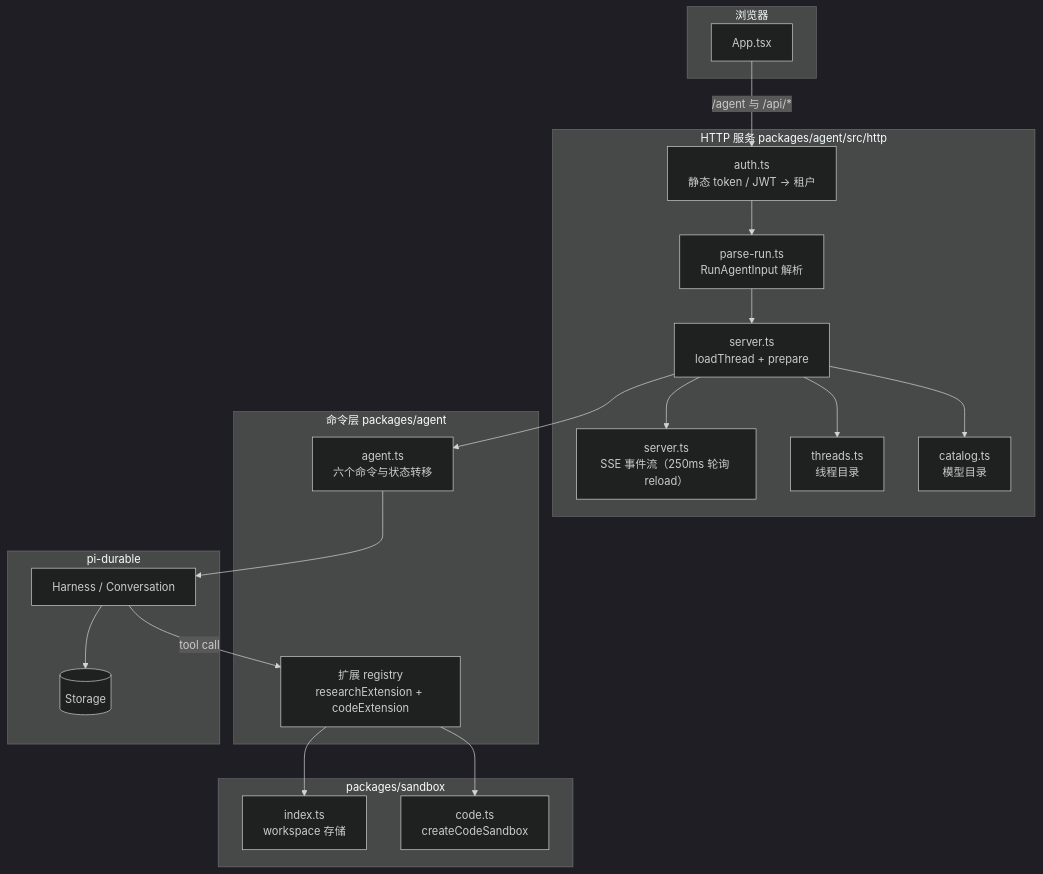
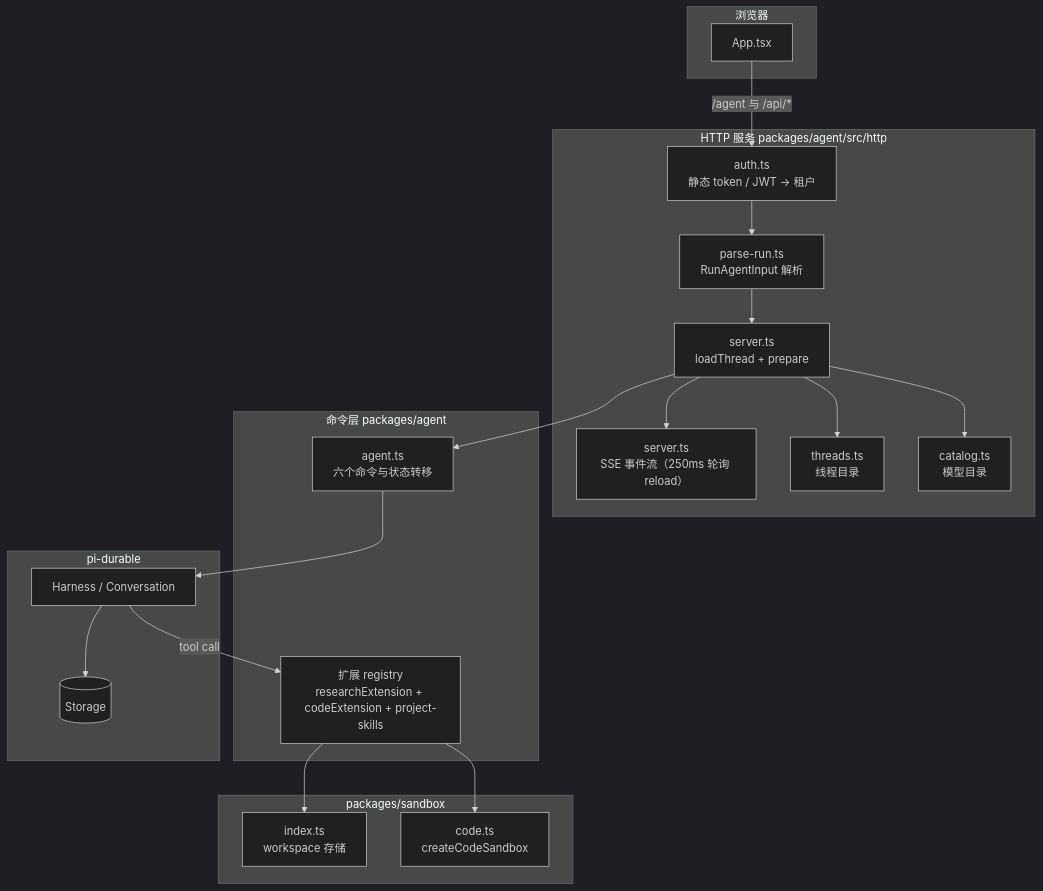
The second of 7 diagrams in docs/architecture.md (ajaxsunrise/crypto-research-tx-agent), drawn with Mermaid (dark theme) before and after one commit. The commit also changed other lines of this file and 12 other files, not shown here.

````diff
--- a/docs/architecture.md
+++ b/docs/architecture.md
@@ -49,39 +50,39 @@
 ```mermaid
 flowchart TD
     subgraph browser["浏览器"]
         APP["App.tsx"]
     end
     subgraph srv["HTTP 服务 packages/agent/src/http"]
         AUTH["auth.ts<br/>静态 token / JWT → 租户"]
         PARSE["parse-run.ts<br/>RunAgentInput 解析"]
         PREPARE["server.ts<br/>loadThread + prepare"]
         SSE["server.ts<br/>SSE 事件流（250ms 轮询 reload）"]
         THREADS["threads.ts<br/>线程目录"]
         CAT["catalog.ts<br/>模型目录"]
     end
     subgraph core["命令层 packages/agent"]
         AGENT["agent.ts<br/>六个命令与状态转移"]
-        REG["扩展 registry<br/>researchExtension + codeExtension"]
+        REG["扩展 registry<br/>researchExtension + codeExtension + project-skills"]
     end
     subgraph dur["pi-durable"]
         H["Harness / Conversation"]
         ST[("Storage")]
     end
     subgraph sbx["packages/sandbox"]
         WS["index.ts<br/>workspace 存储"]
         CS["code.ts<br/>createCodeSandbox"]
     end
 
     APP -->|"/agent 与 /api/*"| AUTH
     AUTH --> PARSE
     PARSE --> PREPARE
     PREPARE --> THREADS
     PREPARE --> CAT
     PREPARE --> AGENT
     AGENT --> H
     H --> ST
     H -->|"tool call"| REG
     REG --> WS
     REG --> CS
     PREPARE --> SSE
 ```
````
